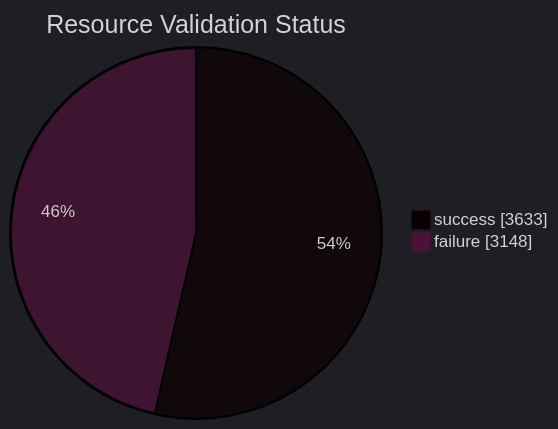
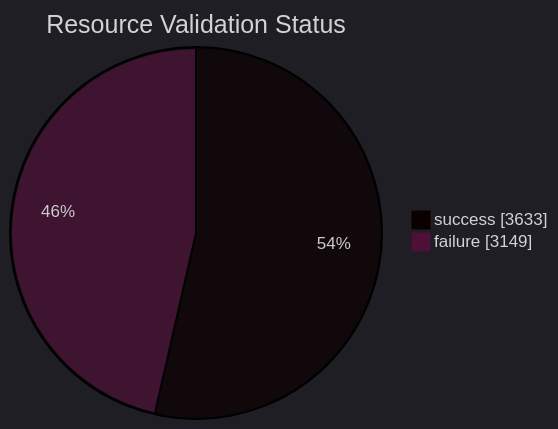
One commit to open-data/analytics-corporate-reporting changed the first of 5 diagrams in datastore_tracker/README.md. Above: the diagram before and after it, drawn with Mermaid. The commit also changed 9 other files, not shown here.

````diff
--- a/datastore_tracker/README.md
+++ b/datastore_tracker/README.md
@@ -20,9 +20,9 @@
 ```mermaid
 ---
 config:
   theme: dark
 ---
 pie showData title Resource Validation Status
     "success": 3633
-    "failure": 3148
+    "failure": 3149
 ```
````
